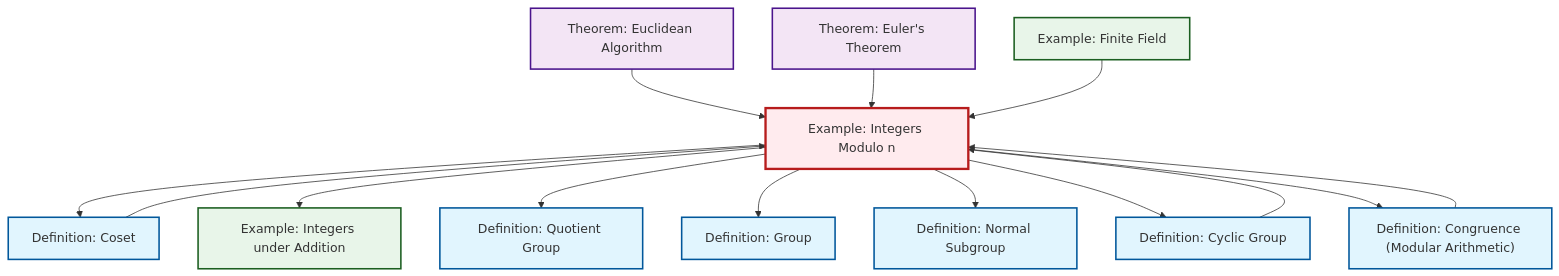
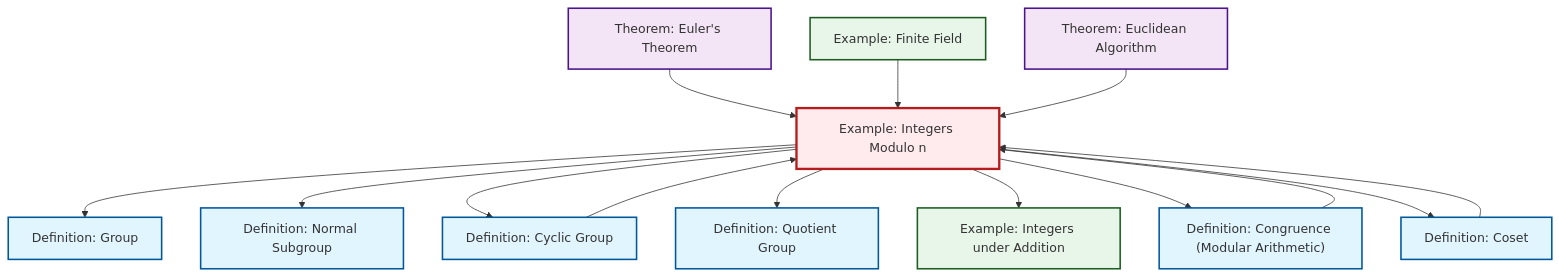
Before and after one commit to RK0429/ModernMath: the diagram in content/en/algebra/ex-quotient-integers-mod-n.qmd, drawn with Mermaid. The commit also changed other lines of this file and 434 other files, not shown here.

````diff
--- a/content/en/algebra/ex-quotient-integers-mod-n.qmd
+++ b/content/en/algebra/ex-quotient-integers-mod-n.qmd
@@ -120,44 +120,44 @@
 ```{mermaid}
 %%| fig-cap: "Local dependency graph"
 graph TD
     classDef definition fill:#e1f5fe,stroke:#01579b,stroke-width:2px
     classDef theorem fill:#f3e5f5,stroke:#4a148c,stroke-width:2px
     classDef axiom fill:#fff3e0,stroke:#e65100,stroke-width:2px
     classDef example fill:#e8f5e9,stroke:#1b5e20,stroke-width:2px
     classDef current fill:#ffebee,stroke:#b71c1c,stroke-width:3px
+    ex-quotient-integers-mod-n["Example: Integers Modulo n"]:::example
     ex-finite-field["Example: Finite Field"]:::example
+    def-coset["Definition: Coset"]:::definition
+    def-group["Definition: Group"]:::definition
+    thm-euclidean-algorithm["Theorem: Euclidean Algorithm"]:::theorem
+    def-normal-subgroup["Definition: Normal Subgroup"]:::definition
+    def-quotient-group["Definition: Quotient Group"]:::definition
+    thm-euler["Theorem: Euler's Theorem"]:::theorem
+    ex-integers-addition["Example: Integers under Addition"]:::example
     def-cyclic-group["Definition: Cyclic Group"]:::definition
-    thm-euler["Theorem: Euler's Theorem"]:::theorem
-    def-coset["Definition: Coset"]:::definition
-    def-normal-subgroup["Definition: Normal Subgroup"]:::definition
-    ex-quotient-integers-mod-n["Example: Integers Modulo n"]:::example
-    ex-integers-addition["Example: Integers under Addition"]:::example
-    def-quotient-group["Definition: Quotient Group"]:::definition
-    thm-euclidean-algorithm["Theorem: Euclidean Algorithm"]:::theorem
-    def-group["Definition: Group"]:::definition
     def-congruence["Definition: Congruence (Modular Arithmetic)"]:::definition
-    ex-quotient-integers-mod-n --> def-coset
-    thm-euclidean-algorithm --> ex-quotient-integers-mod-n
-    def-coset --> ex-quotient-integers-mod-n
-    thm-euler --> ex-quotient-integers-mod-n
-    def-congruence --> ex-quotient-integers-mod-n
-    def-cyclic-group --> ex-quotient-integers-mod-n
-    ex-finite-field --> ex-quotient-integers-mod-n
-    ex-quotient-integers-mod-n --> ex-integers-addition
-    ex-quotient-integers-mod-n --> def-quotient-group
     ex-quotient-integers-mod-n --> def-group
     ex-quotient-integers-mod-n --> def-normal-subgroup
     ex-quotient-integers-mod-n --> def-cyclic-group
+    thm-euler --> ex-quotient-integers-mod-n
+    def-coset --> ex-quotient-integers-mod-n
+    ex-finite-field --> ex-quotient-integers-mod-n
+    thm-euclidean-algorithm --> ex-quotient-integers-mod-n
+    def-cyclic-group --> ex-quotient-integers-mod-n
+    ex-quotient-integers-mod-n --> def-quotient-group
+    def-congruence --> ex-quotient-integers-mod-n
+    ex-quotient-integers-mod-n --> ex-integers-addition
     ex-quotient-integers-mod-n --> def-congruence
+    ex-quotient-integers-mod-n --> def-coset
     class ex-quotient-integers-mod-n current
     click ex-finite-field "ex-finite-field.html" "Go to Finite Field example"
+    click def-coset "def-coset.html" "Go to Coset definition"
+    click def-group "def-group.html" "Go to Group definition"
+    click thm-euclidean-algorithm "thm-euclidean-algorithm.html" "Go to Euclidean Algorithm theorem"
+    click def-normal-subgroup "def-normal-subgroup.html" "Go to Normal Subgroup definition"
+    click def-quotient-group "def-quotient-group.html" "Go to Quotient Group definition"
+    click thm-euler "thm-euler.html" "Go to Euler's Theorem theorem"
+    click ex-integers-addition "ex-integers-addition.html" "Go to Integers under Addition example"
     click def-cyclic-group "def-cyclic-group.html" "Go to Cyclic Group definition"
-    click thm-euler "thm-euler.html" "Go to Euler's Theorem theorem"
-    click def-coset "def-coset.html" "Go to Coset definition"
-    click def-normal-subgroup "def-normal-subgroup.html" "Go to Normal Subgroup definition"
-    click ex-integers-addition "ex-integers-addition.html" "Go to Integers under Addition example"
-    click def-quotient-group "def-quotient-group.html" "Go to Quotient Group definition"
-    click thm-euclidean-algorithm "thm-euclidean-algorithm.html" "Go to Euclidean Algorithm theorem"
-    click def-group "def-group.html" "Go to Group definition"
     click def-congruence "def-congruence.html" "Go to Congruence (Modular Arithmetic) definition"
 ```
````
